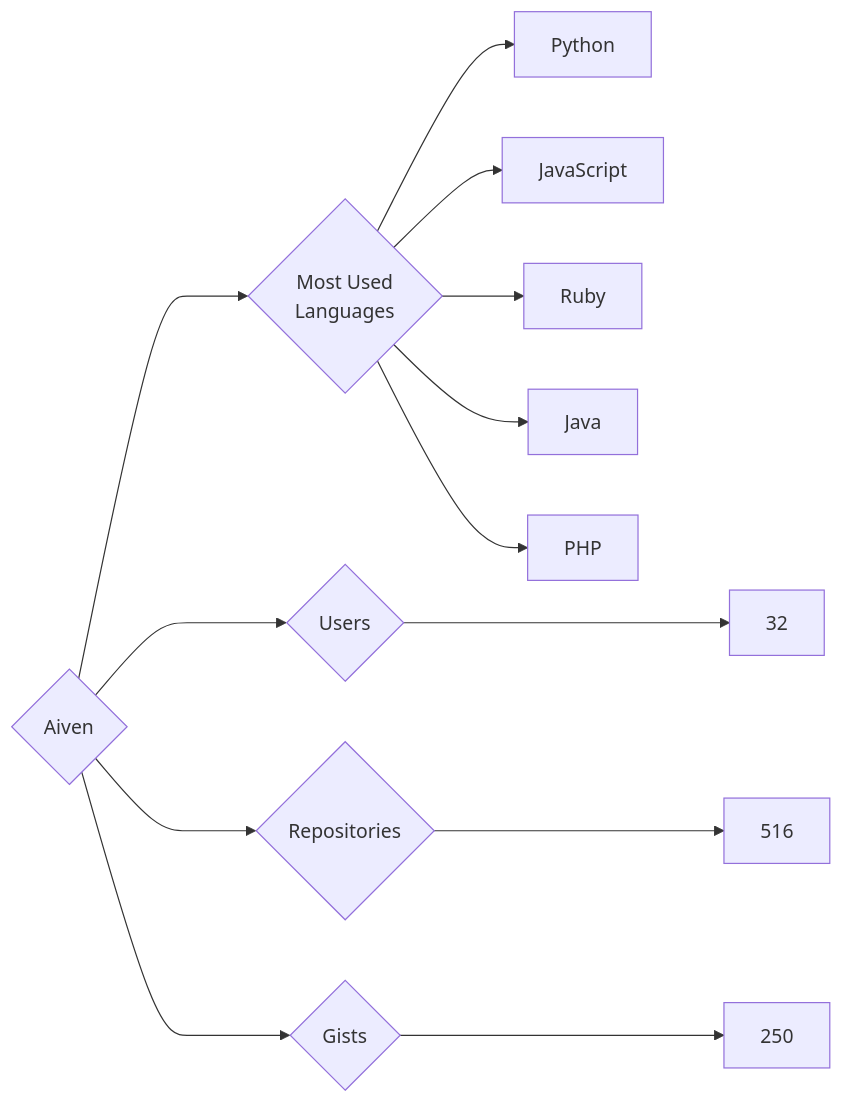
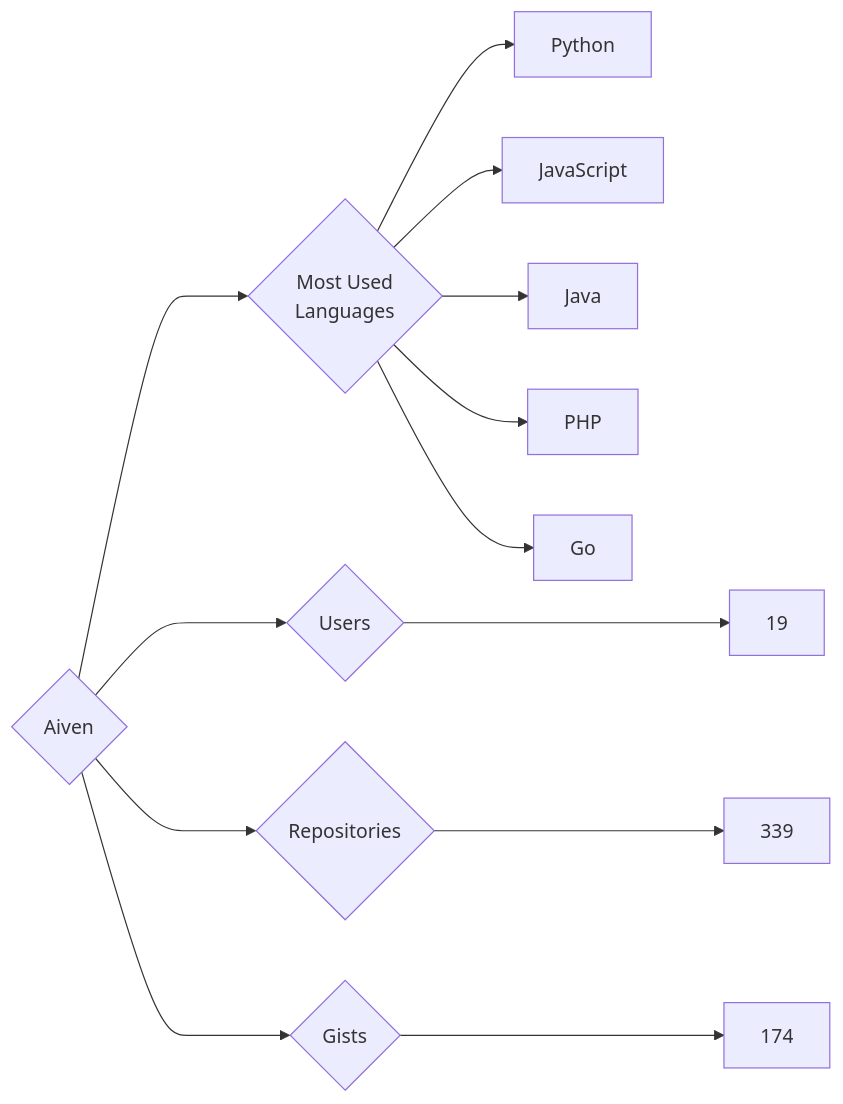
Before and after one commit to trickest/insiders: the diagram in targets/Aiven/README.md, drawn with Mermaid. The commit also changed 723 other files, not shown here.

````diff
--- a/targets/Aiven/README.md
+++ b/targets/Aiven/README.md
@@ -3,13 +3,13 @@
 ```mermaid
 graph LR
 COMPANY_NAME{Aiven}
-COMPANY_NAME ---> U{Users} ---> UN[32]
-COMPANY_NAME ---> R{Repositories} ---> RN[516]
-COMPANY_NAME ---> G{Gists} ---> GN[250]
+COMPANY_NAME ---> U{Users} ---> UN[19]
+COMPANY_NAME ---> R{Repositories} ---> RN[339]
+COMPANY_NAME ---> G{Gists} ---> GN[174]
 COMPANY_NAME ---> ML{Most Used<br>Languages}
 ML --> Python[Python]
 ML --> JavaScript[JavaScript]
-ML --> Ruby[Ruby]
 ML --> Java[Java]
 ML --> PHP[PHP]
+ML --> Go[Go]
 ```
````
